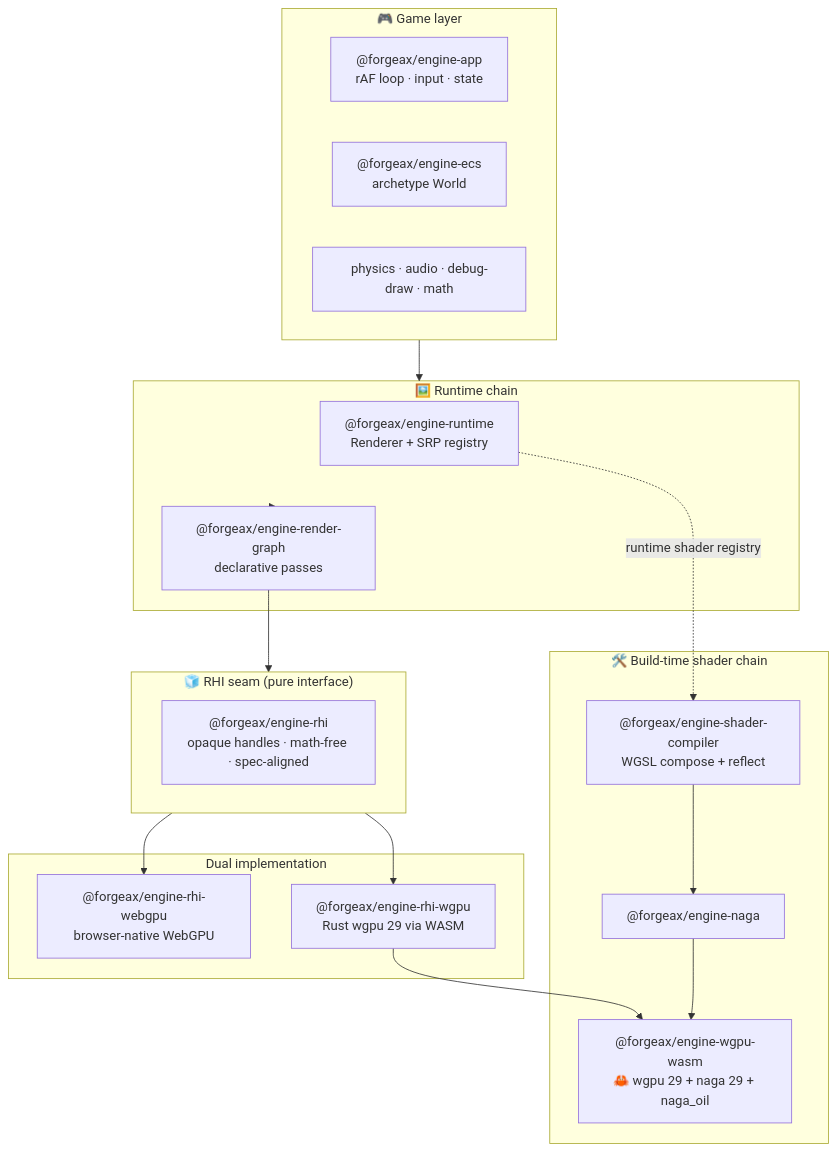
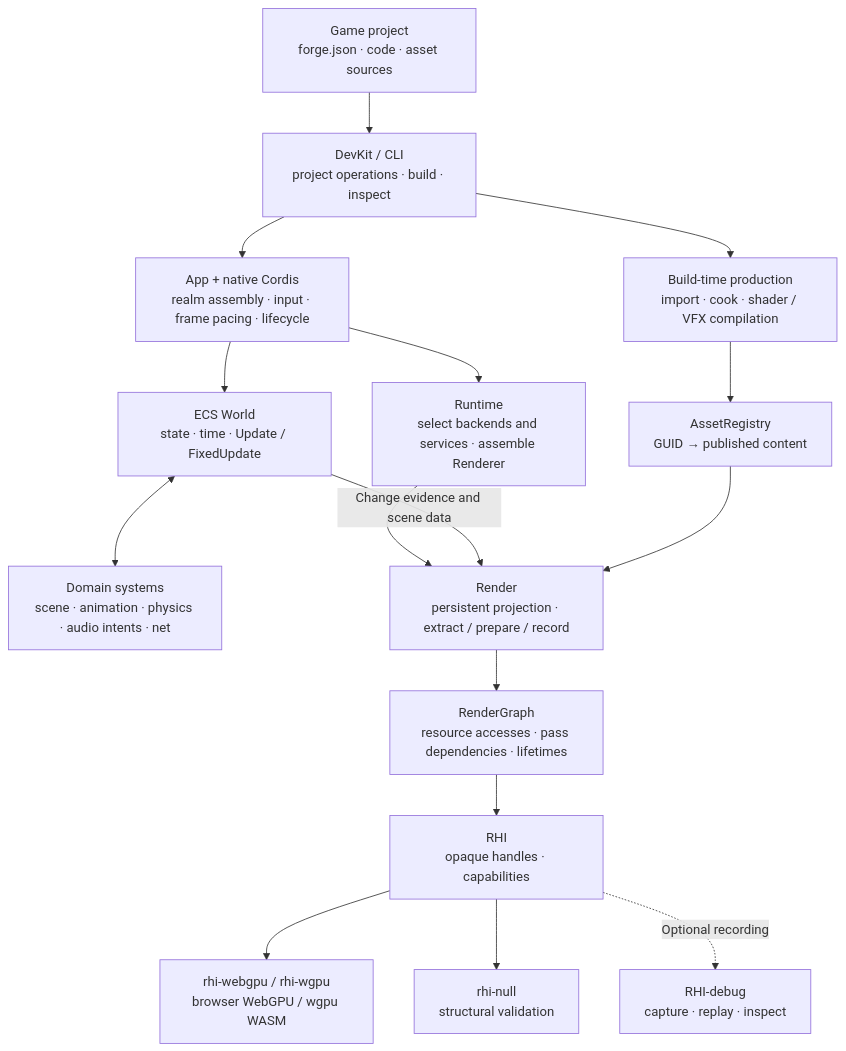
One commit to ForgeaX-Games/forgeax-editor changed the first of 3 diagrams in packages/engine/README.md. Above: the diagram before and after it, drawn with Mermaid. The commit also changed other lines of this file and 7023 other files, not shown here.

````diff
--- a/packages/engine/README.md
+++ b/packages/engine/README.md
@@ -66,35 +56,32 @@
 ```mermaid
-flowchart TD
-    subgraph GAME["🎮 Game layer"]
-        APP["@forgeax/engine-app<br/>rAF loop · input · state"]
-        ECS["@forgeax/engine-ecs<br/>archetype World"]
-        FEAT["physics · audio · debug-draw · math"]
-    end
-
-    subgraph RUNTIME["🖼️ Runtime chain"]
-        RT["@forgeax/engine-runtime<br/>Renderer + SRP registry"]
-        RG["@forgeax/engine-render-graph<br/>declarative passes"]
-    end
-
-    subgraph SEAM["🧊 RHI seam (pure interface)"]
-        RHI["@forgeax/engine-rhi<br/>opaque handles · math-free · spec-aligned"]
-    end
-
-    subgraph BACKENDS["Dual implementation"]
-        WEBGPU["@forgeax/engine-rhi-webgpu<br/>browser-native WebGPU"]
-        WGPU["@forgeax/engine-rhi-wgpu<br/>Rust wgpu 29 via WASM"]
-    end
-
-    subgraph BUILD["🛠️ Build-time shader chain"]
-        SC["@forgeax/engine-shader-compiler<br/>WGSL compose + reflect"]
-        NAGA["@forgeax/engine-naga"]
-        WASM["@forgeax/engine-wgpu-wasm<br/>🦀 wgpu 29 + naga 29 + naga_oil"]
-    end
-
-    GAME --> RUNTIME --> RG --> SEAM
-    SEAM --> WEBGPU
-    SEAM --> WGPU
-    WGPU --> WASM
-    SC --> NAGA --> WASM
-    RT -. "runtime shader registry" .-> SC
+flowchart TB
+    PROJECT["Game project<br/>forge.json · code · asset sources"]
+    DEVKIT["DevKit / CLI<br/>project operations · build · inspect"]
+    COOK["Build-time production<br/>import · cook · shader / VFX compilation"]
+    ASSETS["AssetRegistry<br/>GUID → published content"]
+    APP["App + native Cordis<br/>realm assembly · input · frame pacing · lifecycle"]
+    WORLD["ECS World<br/>state · time · Update / FixedUpdate"]
+    DOMAINS["Domain systems<br/>scene · animation · physics · audio intents · net"]
+    RUNTIME["Runtime<br/>select backends and services · assemble Renderer"]
+    RENDER["Render<br/>persistent projection · extract / prepare / record"]
+    GRAPH["RenderGraph<br/>resource accesses · pass dependencies · lifetimes"]
+    RHI["RHI<br/>opaque handles · capabilities"]
+    GPU["rhi-webgpu / rhi-wgpu<br/>browser WebGPU / wgpu WASM"]
+    NULL["rhi-null<br/>structural validation"]
+    DEBUG["RHI-debug<br/>capture · replay · inspect"]
+    PROJECT --> DEVKIT
+    DEVKIT --> COOK
+    COOK --> ASSETS
+    DEVKIT --> APP
+    APP --> WORLD
+    APP --> RUNTIME
+    WORLD <--> DOMAINS
+    RUNTIME --> RENDER
+    WORLD -->|"Change evidence and scene data"| RENDER
+    ASSETS --> RENDER
+    RENDER --> GRAPH
+    GRAPH --> RHI
+    RHI --> GPU
+    RHI --> NULL
+    RHI -.->|"Optional recording"| DEBUG
 ```
````
